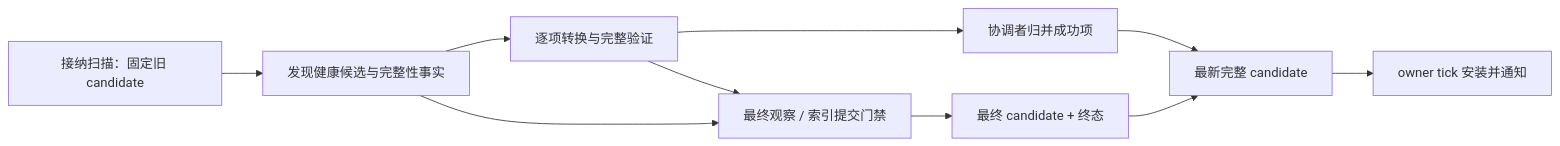
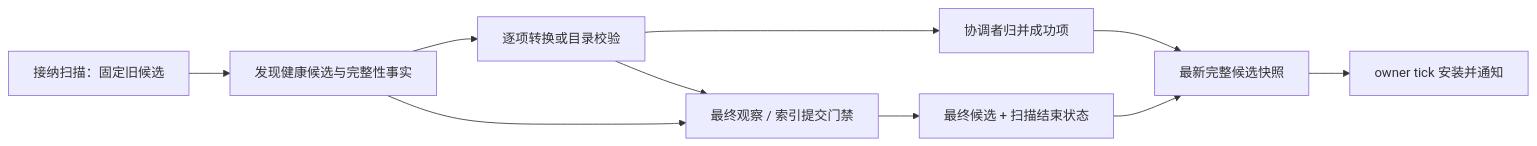
Before and after one commit to YesSteveModel/YesSteveModel: the diagram in docs/architecture/model-management/catalog/overview.md, drawn with Mermaid. The commit also changed other lines of this file and 1109 other files, not shown here.

````diff
--- a/docs/architecture/model-management/catalog/overview.md
+++ b/docs/architecture/model-management/catalog/overview.md
@@ -35,12 +39,12 @@
 ```mermaid
 flowchart LR
-    Admit["接纳扫描：固定旧 candidate"] --> Discover["发现健康候选与完整性事实"]
-    Discover --> Verify["逐项转换与完整验证"]
+    Admit["接纳扫描：固定旧候选"] --> Discover["发现健康候选与完整性事实"]
+    Discover --> Verify["逐项转换或目录校验"]
     Verify --> Merge["协调者归并成功项"]
-    Merge --> Slot["最新完整 candidate"]
+    Merge --> Slot["最新完整候选快照"]
     Slot --> Tick["owner tick 安装并通知"]
     Discover --> Gate["最终观察 / 索引提交门禁"]
     Verify --> Gate
-    Gate --> Final["最终 candidate + 终态"]
+    Gate --> Final["最终候选 + 扫描结束状态"]
     Final --> Slot
 ```
````
